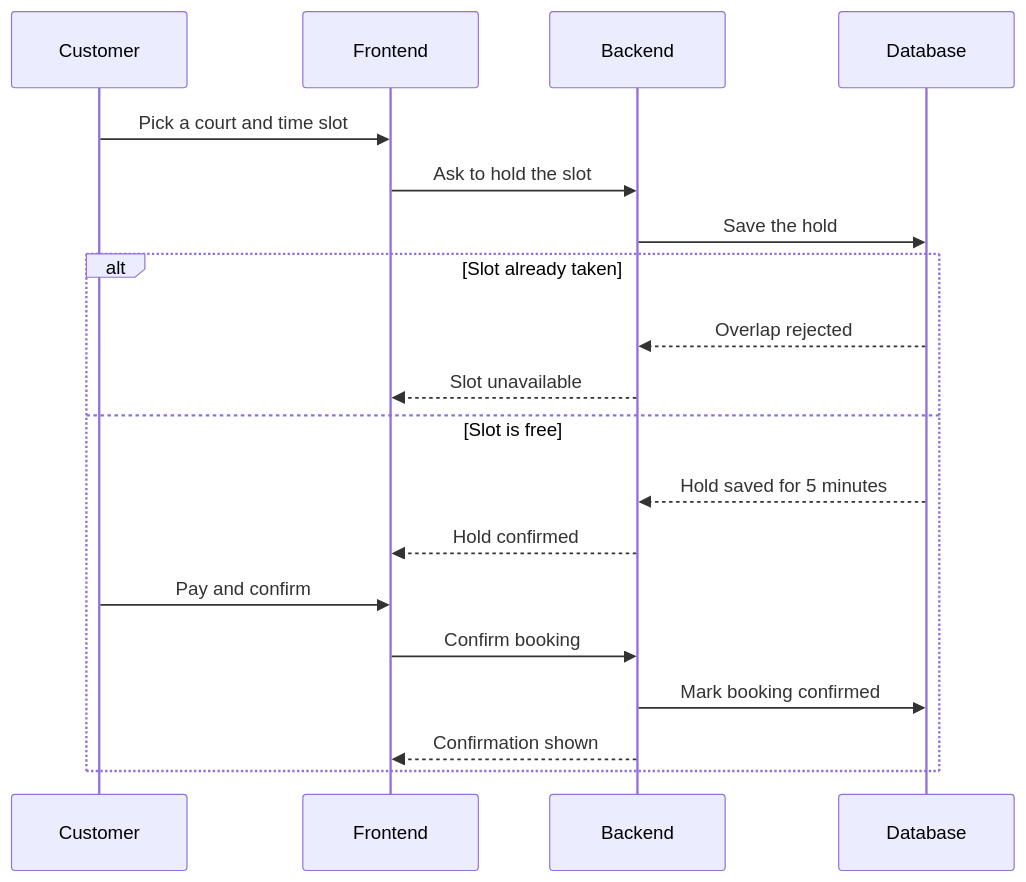
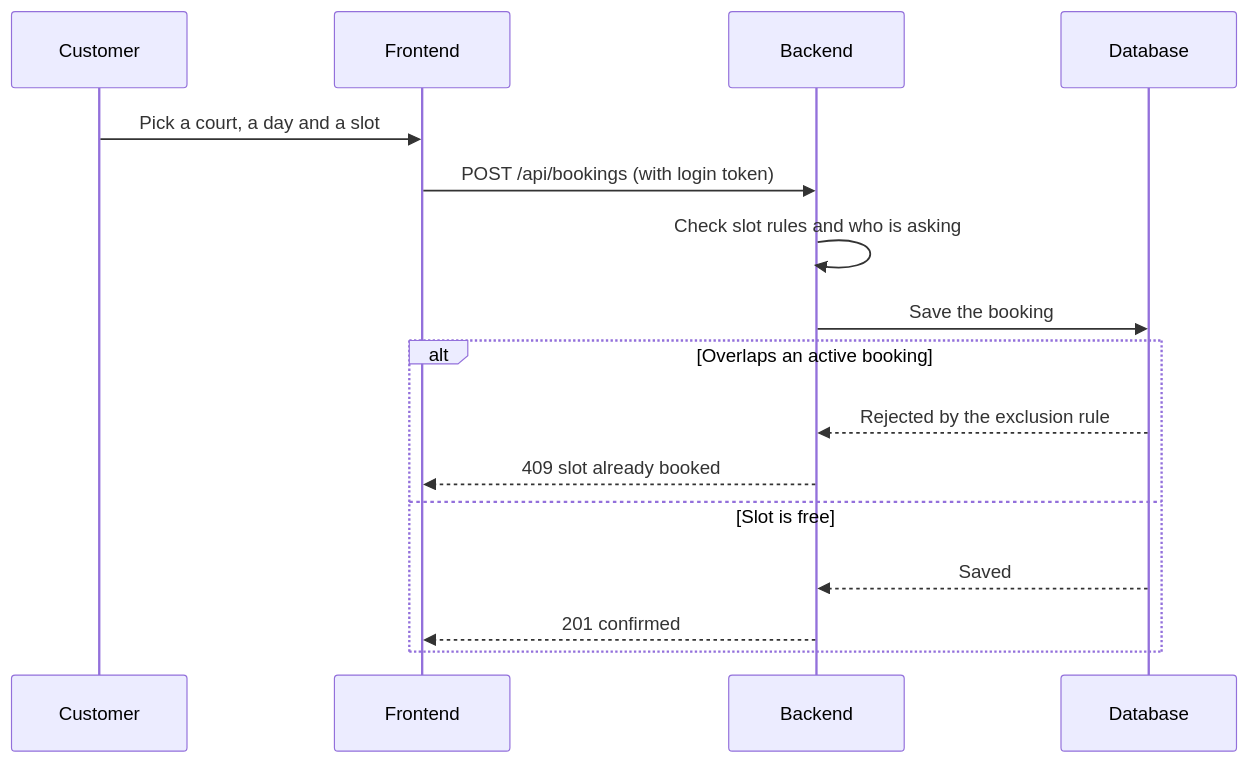
Before and after one commit to kartikyemul/bounce-002: the second of 2 diagrams in README.md, drawn with Mermaid. The commit also changed other lines of this file, not shown here.

Commit message:
readme: architecture, rules, run steps and roadmap

````diff
--- a/README.md
+++ b/README.md
@@ -33,21 +31,18 @@
 ```mermaid
 sequenceDiagram
   participant C as Customer
   participant F as Frontend
   participant B as Backend
   participant D as Database
-  C->>F: Pick a court and time slot
-  F->>B: Ask to hold the slot
-  B->>D: Save the hold
-  alt Slot already taken
-    D-->>B: Overlap rejected
-    B-->>F: Slot unavailable
+  C->>F: Pick a court, a day and a slot
+  F->>B: POST /api/bookings (with login token)
+  B->>B: Check slot rules and who is asking
+  B->>D: Save the booking
+  alt Overlaps an active booking
+    D-->>B: Rejected by the exclusion rule
+    B-->>F: 409 slot already booked
   else Slot is free
-    D-->>B: Hold saved for 5 minutes
-    B-->>F: Hold confirmed
-    C->>F: Pay and confirm
-    F->>B: Confirm booking
-    B->>D: Mark booking confirmed
-    B-->>F: Confirmation shown
+    D-->>B: Saved
+    B-->>F: 201 confirmed
   end
 ```
````
